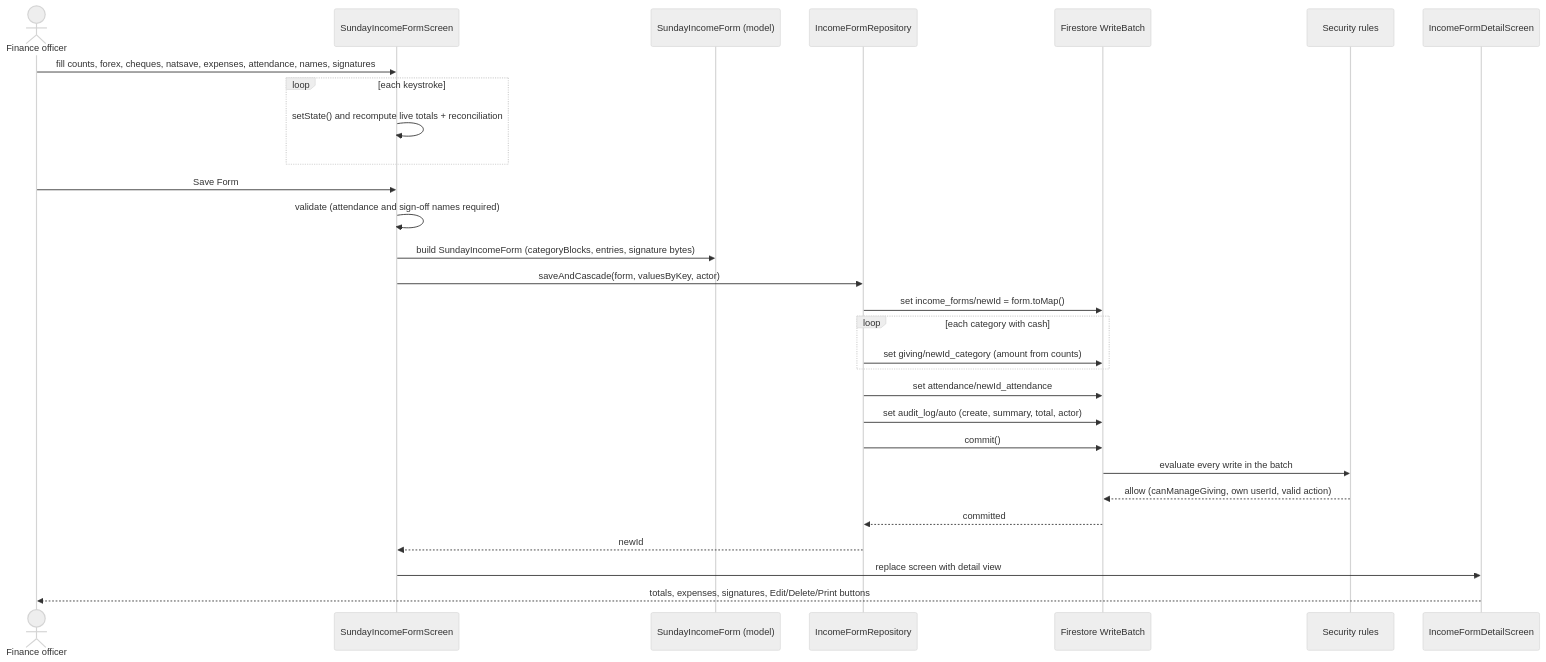
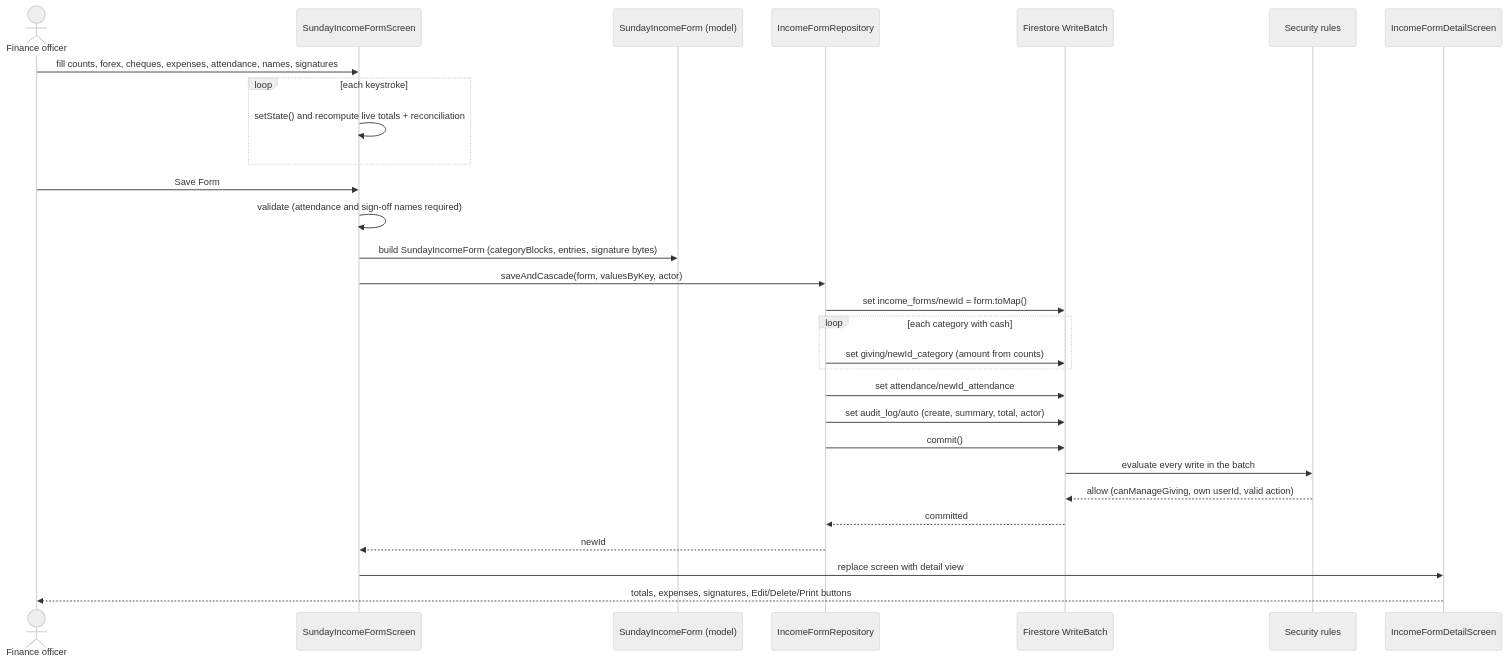
The fourth of 12 diagrams in docs/SEQUENCE_DIAGRAMS.md (kasondebbuku-spec/Lukulu-Bread-of-Life-Church), drawn with Mermaid (neutral theme) before and after one commit. The commit also changed other lines of this file and 15 other files, not shown here.

First line of the commit message:
Calculate the Natsave deposit as the rest; drop the two cash counts

````diff
--- a/docs/SEQUENCE_DIAGRAMS.md
+++ b/docs/SEQUENCE_DIAGRAMS.md
@@ -100,32 +100,32 @@
 ```mermaid
 sequenceDiagram
     actor F as Finance officer
     participant Scr as SundayIncomeFormScreen
     participant Calc as SundayIncomeForm (model)
     participant Repo as IncomeFormRepository
     participant B as Firestore WriteBatch
     participant Rules as Security rules
     participant Det as IncomeFormDetailScreen
 
-    F->>Scr: fill counts, forex, cheques, natsave, expenses, attendance, names, signatures
+    F->>Scr: fill counts, forex, cheques, expenses, attendance, names, signatures
     loop each keystroke
         Scr->>Scr: setState() and recompute live totals + reconciliation
     end
     F->>Scr: Save Form
     Scr->>Scr: validate (attendance and sign-off names required)
     Scr->>Calc: build SundayIncomeForm (categoryBlocks, entries, signature bytes)
     Scr->>Repo: saveAndCascade(form, valuesByKey, actor)
     Repo->>B: set income_forms/newId = form.toMap()
     loop each category with cash
         Repo->>B: set giving/newId_category (amount from counts)
     end
     Repo->>B: set attendance/newId_attendance
     Repo->>B: set audit_log/auto (create, summary, total, actor)
     Repo->>B: commit()
     B->>Rules: evaluate every write in the batch
     Rules-->>B: allow (canManageGiving, own userId, valid action)
     B-->>Repo: committed
     Repo-->>Scr: newId
     Scr->>Det: replace screen with detail view
     Det-->>F: totals, expenses, signatures, Edit/Delete/Print buttons
 ```
````
